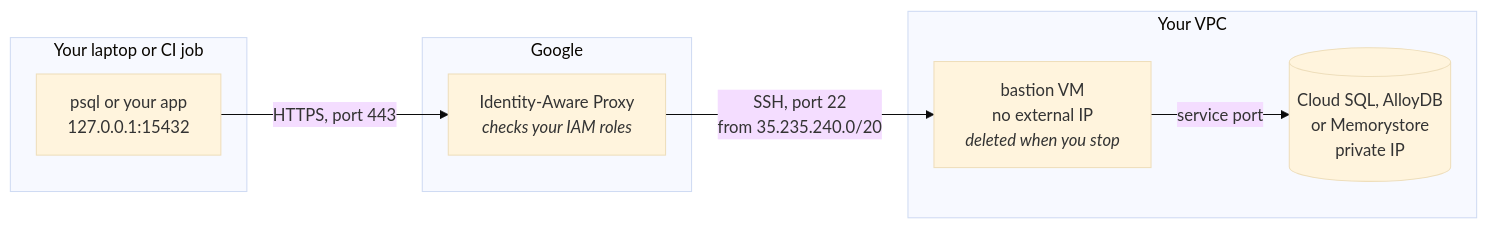
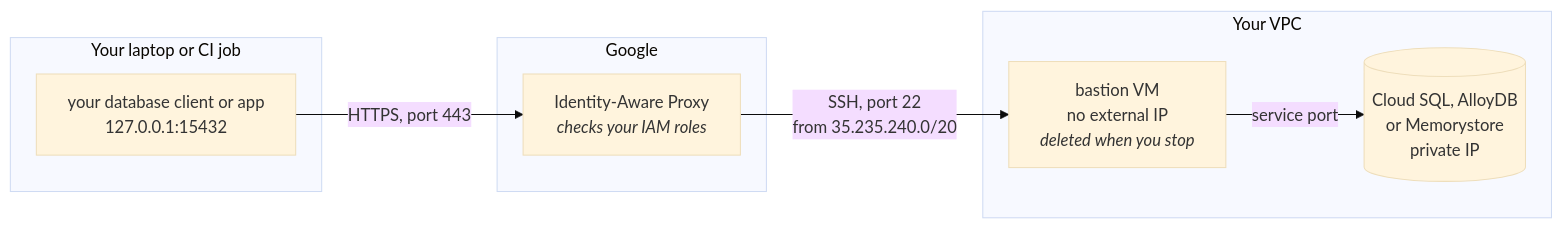
One commit to pilef-co/bqto changed the diagram in README.md. Above: the diagram before and after it, drawn with Mermaid (base theme).

Commit message:
docs: the README diagram names any client, not only psql

````diff
--- a/README.md
+++ b/README.md
@@ -33,16 +33,16 @@
 ```mermaid
 flowchart LR
     subgraph laptop["Your laptop or CI job"]
-        client["psql or your app<br/>127.0.0.1:15432"]
+        client["your database client or app<br/>127.0.0.1:15432"]
     end
     subgraph google["Google"]
         iap["Identity-Aware Proxy<br/><i>checks your IAM roles</i>"]
     end
     subgraph vpc["Your VPC"]
         bastion["bastion VM<br/>no external IP<br/><i>deleted when you stop</i>"]
         service[("Cloud SQL, AlloyDB<br/>or Memorystore<br/>private IP")]
     end
     client -->|"HTTPS, port 443"| iap
     iap -->|"SSH, port 22<br/>from 35.235.240.0/20"| bastion
     bastion -->|"service port"| service
 ```
````
